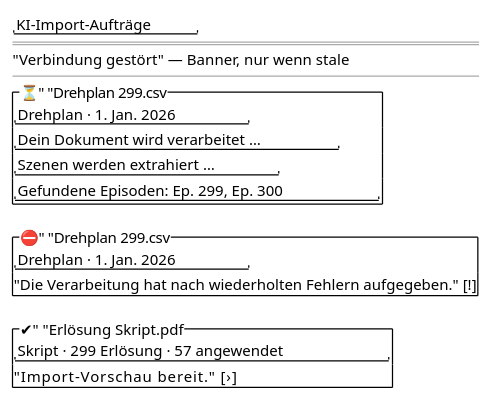
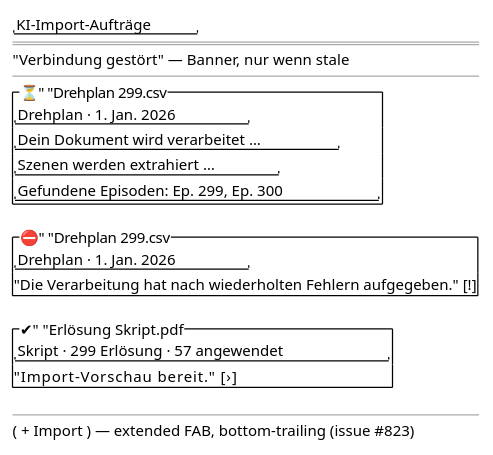
Before and after one commit to tradem/breakdown-rs: the first of 3 diagrams in docs/design/screens/ai-import-jobs.md, drawn with PlantUML. The commit also changed other lines of this file and 37 other files, not shown here.

````diff
--- a/docs/design/screens/ai-import-jobs.md
+++ b/docs/design/screens/ai-import-jobs.md
@@ -41,21 +44,23 @@
 ```plantuml
 @startsalt
 {
   "KI-Import-Aufträge"
   ==
   "Verbindung gestört" — Banner, nur wenn stale
   --
   {^ "⏳" "Drehplan 299.csv"
      "Drehplan · 1. Jan. 2026"
      "Dein Dokument wird verarbeitet …"
      "Szenen werden extrahiert …"
      "Gefundene Episoden: Ep. 299, Ep. 300"}
   {^ "⛔" "Drehplan 299.csv"
      "Drehplan · 1. Jan. 2026"
      "Die Verarbeitung hat nach wiederholten Fehlern aufgegeben." [!]}
   {^ "✔" "Erlösung Skript.pdf"
      "Skript · 299 Erlösung · 57 angewendet"
      "Import-Vorschau bereit."       [›]}
+  --
+  ( + Import ) — extended FAB, bottom-trailing (issue #823)
 }
 @endsalt
 ```
````
